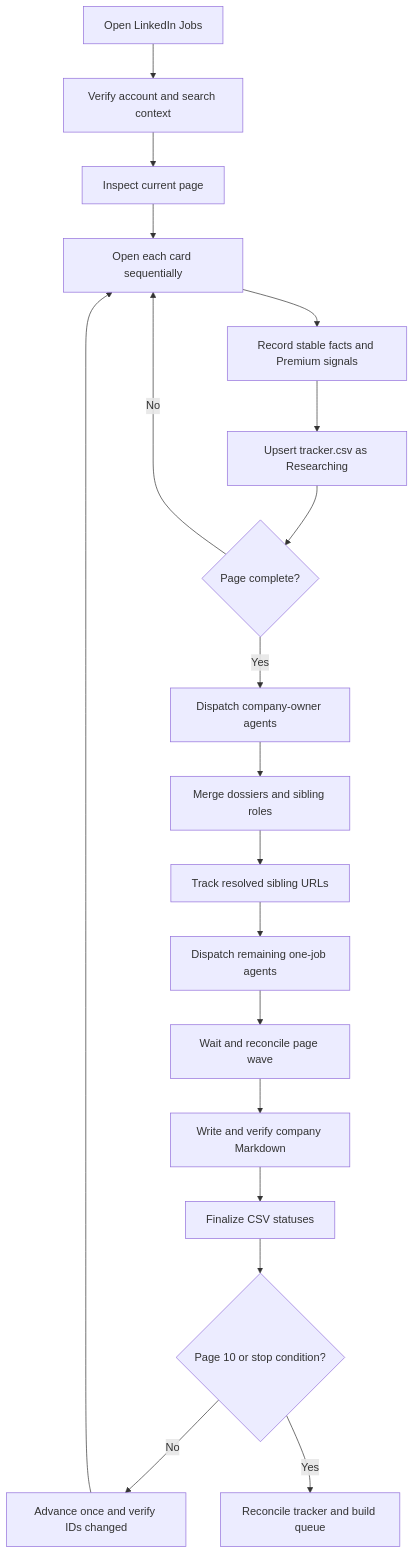
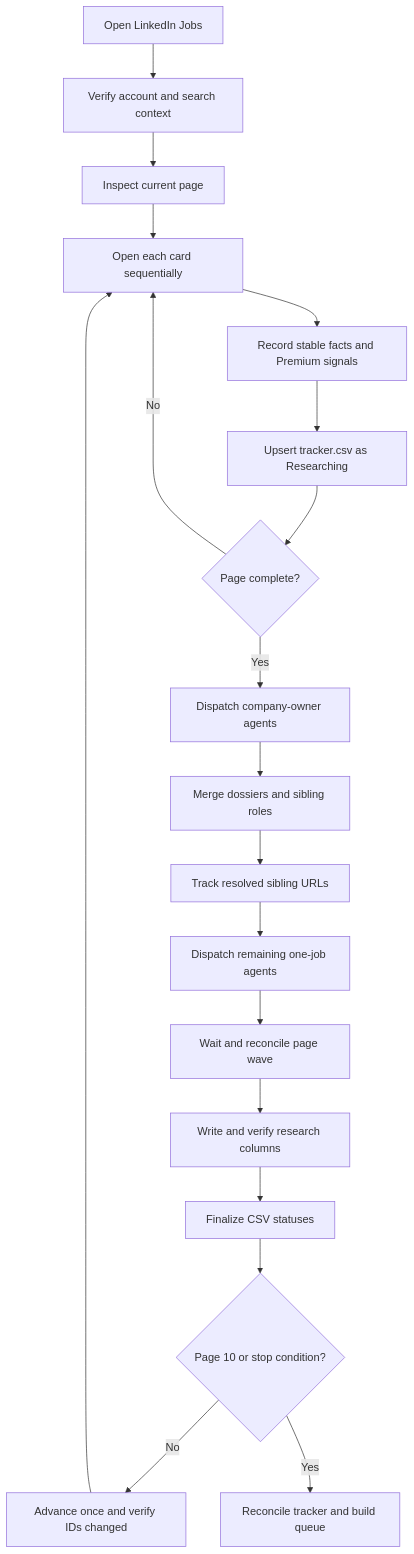
One commit to fsw0422/skills changed the diagram in linkedin-job-pilot/references/job-discovery.md. Above: the diagram before and after it, drawn with Mermaid. The commit also changed other lines of this file and 9 other files, not shown here.

First line of the commit message:
linkedin-job-pilot: research in tracker columns, next-job preview (#22)

```diff
--- a/linkedin-job-pilot/references/job-discovery.md
+++ b/linkedin-job-pilot/references/job-discovery.md
@@ -13,21 +13,21 @@
 ~~~mermaid
 flowchart TD
     A[Open LinkedIn Jobs] --> B[Verify account and search context]
     B --> C[Inspect current page]
     C --> D[Open each card sequentially]
     D --> E[Record stable facts and Premium signals]
     E --> F[Upsert tracker.csv as Researching]
     F --> G{Page complete?}
     G -- No --> D
     G -- Yes --> H[Dispatch company-owner agents]
     H --> I[Merge dossiers and sibling roles]
     I --> J[Track resolved sibling URLs]
     J --> K[Dispatch remaining one-job agents]
     K --> L[Wait and reconcile page wave]
-    L --> M[Write and verify company Markdown]
+    L --> M[Write and verify research columns]
     M --> N[Finalize CSV statuses]
     N --> O{Page 10 or stop condition?}
     O -- No --> P[Advance once and verify IDs changed]
     P --> D
     O -- Yes --> Q[Reconcile tracker and build queue]
 ~~~
```
